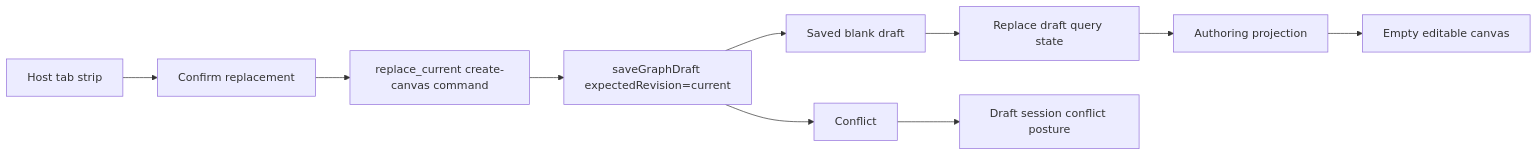
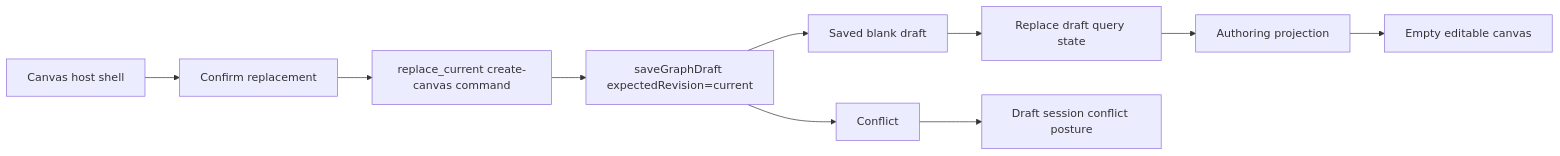
One commit to dunay2/dvt changed the fifth of 10 diagrams in docs/architecture/components/web/graph/graph-frontend-architecture.md. Above: the diagram before and after it, drawn with Mermaid. The commit also changed other lines of this file and 19 other files, not shown here.

````diff
--- a/docs/architecture/components/web/graph/graph-frontend-architecture.md
+++ b/docs/architecture/components/web/graph/graph-frontend-architecture.md
@@ -336,13 +336,13 @@
 ```mermaid
 flowchart LR
-  Tab["Host tab strip"] --> Confirm["Confirm replacement"]
+  Host["Canvas host shell"] --> Confirm["Confirm replacement"]
   Confirm --> Command["replace_current create-canvas command"]
   Command --> CAS["saveGraphDraft expectedRevision=current"]
   CAS --> Saved["Saved blank draft"]
   Saved --> Cache["Replace draft query state"]
   Cache --> Projection["Authoring projection"]
   Projection --> Viewport["Empty editable canvas"]
 
   CAS --> Conflict["Conflict"]
   Conflict --> Session["Draft session conflict posture"]
 ```
````
